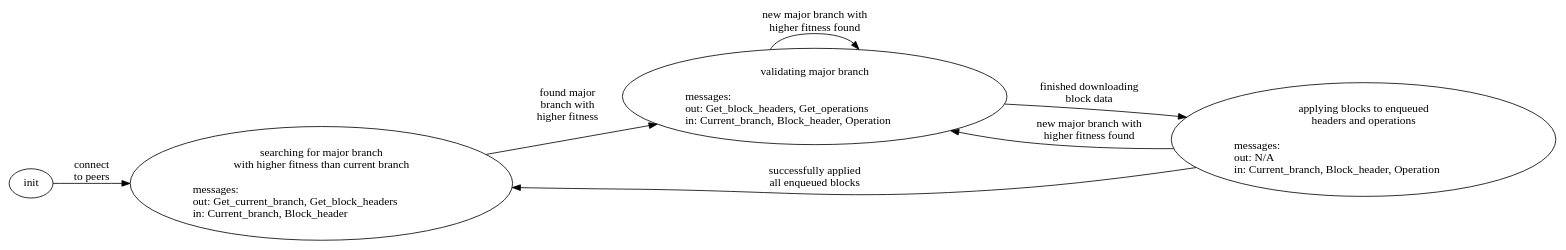
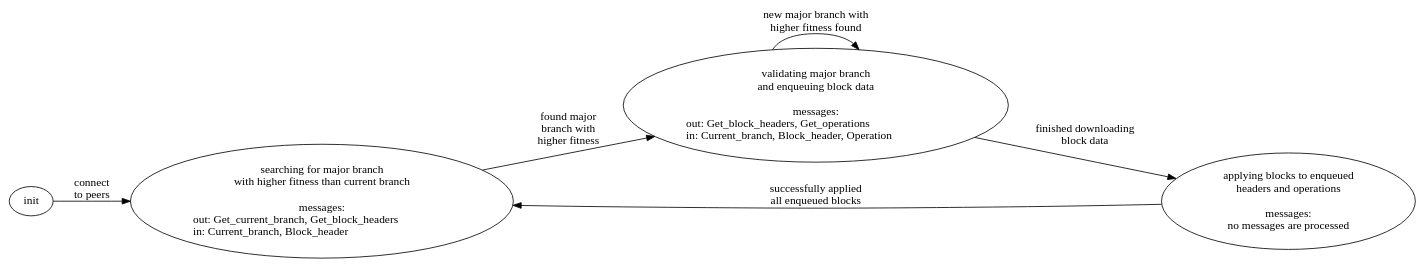
Before and after one commit to Isaac-DeFrain/presentations: the diagram in Nomadic_scientific_seminar_5-25-2021/phase_diagram.dot, drawn with Graphviz. The commit also changed 25 other files, not shown here.

```diff
--- a/Nomadic_scientific_seminar_5-25-2021/phase_diagram.dot
+++ b/Nomadic_scientific_seminar_5-25-2021/phase_diagram.dot
@@ -1,18 +1,18 @@
 digraph phase_diagram {
 
     rankdir=LR;
 
     // states
     init;
-    search [href="./node_files/searching_for_major_branch.html", label="searching for major branch\nwith higher fitness than current branch\n\nmessages:\lout: Get_current_branch, Get_block_headers\lin: Current_branch, Block_header\l"];
-    major  [href="./node_files/validating_major_branch.html", label="validating major branch\n\nmessages:\lout: Get_block_headers, Get_operations\lin: Current_branch, Block_header, Operation\l"];
-    apply  [href="./node_files/applying_blocks.html", label="applying blocks to enqueued\nheaders and operations\n\nmessages:\lout: N/A\lin: Current_branch, Block_header, Operation\l"];
+    search [href="./node_files/searching_for_major_branch.html", label="searching for major branch\nwith higher fitness than current branch\n\nmessages:\nout: Get_current_branch, Get_block_headers\lin: Current_branch, Block_header\l"];
+    major  [href="./node_files/validating_major_branch.html", label="validating major branch\nand enqueuing block data\n\nmessages:\nout: Get_block_headers, Get_operations\lin: Current_branch, Block_header, Operation\l"];
+    apply  [href="./node_files/applying_blocks.html", label="applying blocks to enqueued\nheaders and operations\n\nmessages:\nno messages are processed"];
 
     // transitions
     init   -> search [href="./edge_files/connect_to_peers.html", label="connect\nto peers"];
-    search -> major  [href="./edge_files/found_major_branch.html", label="found major\nbranch with\nhigher fitness\n "];
+    search -> major  [href="./edge_files/found_major_branch.html", label="found major\nbranch with\nhigher fitness"];
     major  -> major  [href="./edge_files/new_major_branch.html", label="new major branch with\nhigher fitness found"];
     major  -> apply  [href="./edge_files/enqueue.html", label="finished downloading\nblock data"];
     apply  -> search [href="./edge_files/applied_blocks.html", label="\nsuccessfully applied\nall enqueued blocks"];
-    apply  -> major  [href="./edge_files/new_major_branch.html", label="new major branch with\nhigher fitness found"];
+
 }
```
